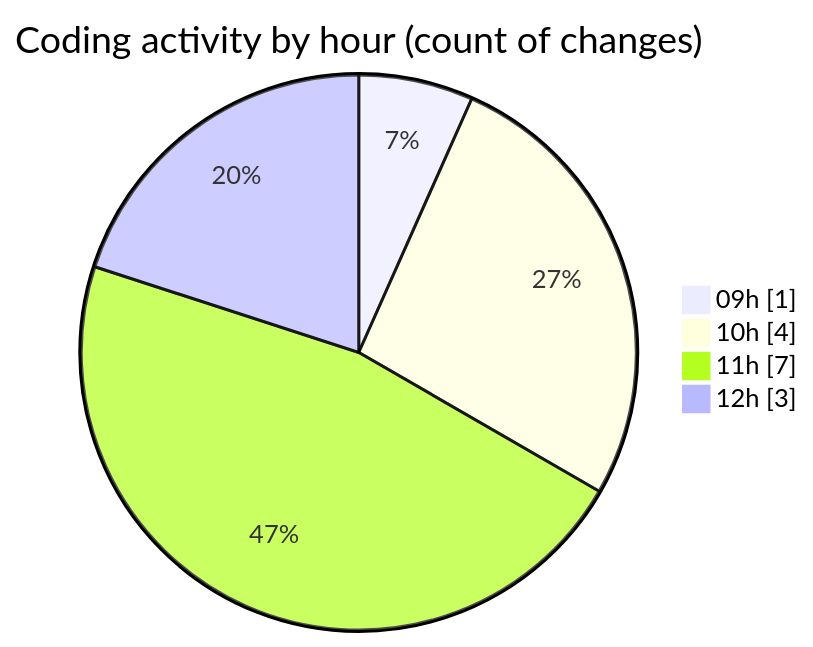
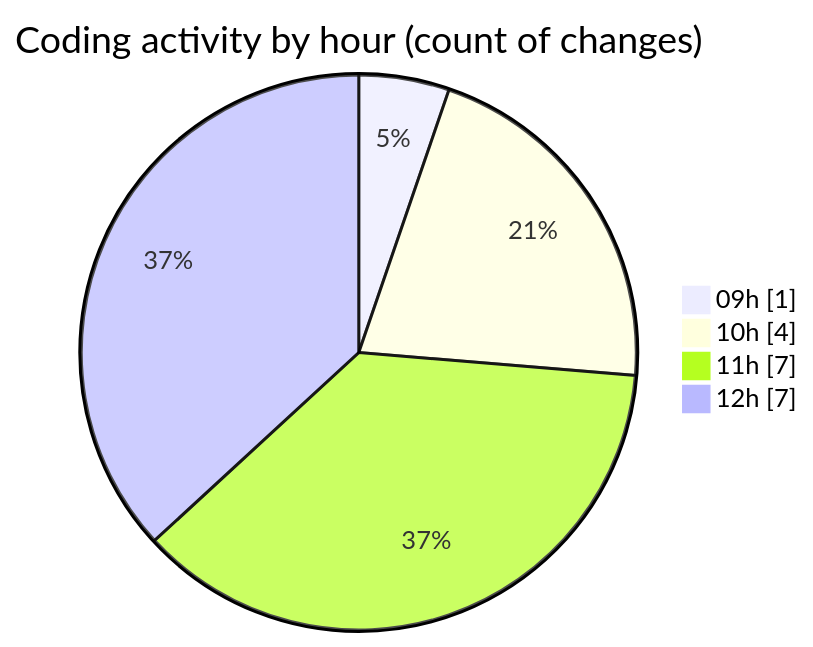
The second of 2 diagrams in 2025-04-07/cda/README.md (momahboobian/code-tracking), drawn with Mermaid before and after one commit. The commit also changed other lines of this file and 1 other file, not shown here.

````diff
--- a/2025-04-07/cda/README.md
+++ b/2025-04-07/cda/README.md
@@ -33,8 +33,8 @@
 ```mermaid
 pie showData
 title Coding activity by hour (count of changes)
 "09h" : 1
 "10h" : 4
 "11h" : 7
-"12h" : 3
+"12h" : 7
 ```
````
